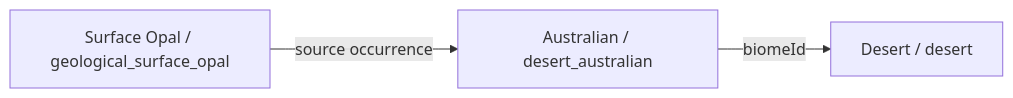
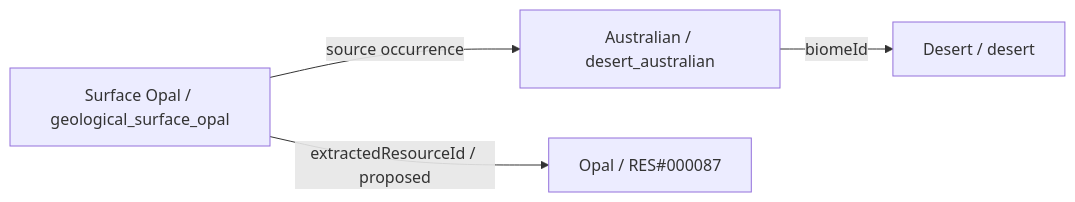
One commit to fgabo404/EvolveDoc changed diagram 15 of 15 in data/minerals/DIAGRAMS.md. Above: the diagram before and after it, drawn with Mermaid. The commit also changed other lines of this file and 50 other files, not shown here.

````diff
--- a/data/minerals/DIAGRAMS.md
+++ b/data/minerals/DIAGRAMS.md
@@ -797,8 +909,10 @@
 ```mermaid
 flowchart LR
     c0["Surface Opal / geological_surface_opal"]
     v18["Australian / desert_australian"]
     b4["Desert / desert"]
+    r0["Opal / RES#000087"]
+    c0 -->|extractedResourceId / proposed| r0
     c0 -->|source occurrence| v18
     v18 -->|biomeId| b4
 ```
````
